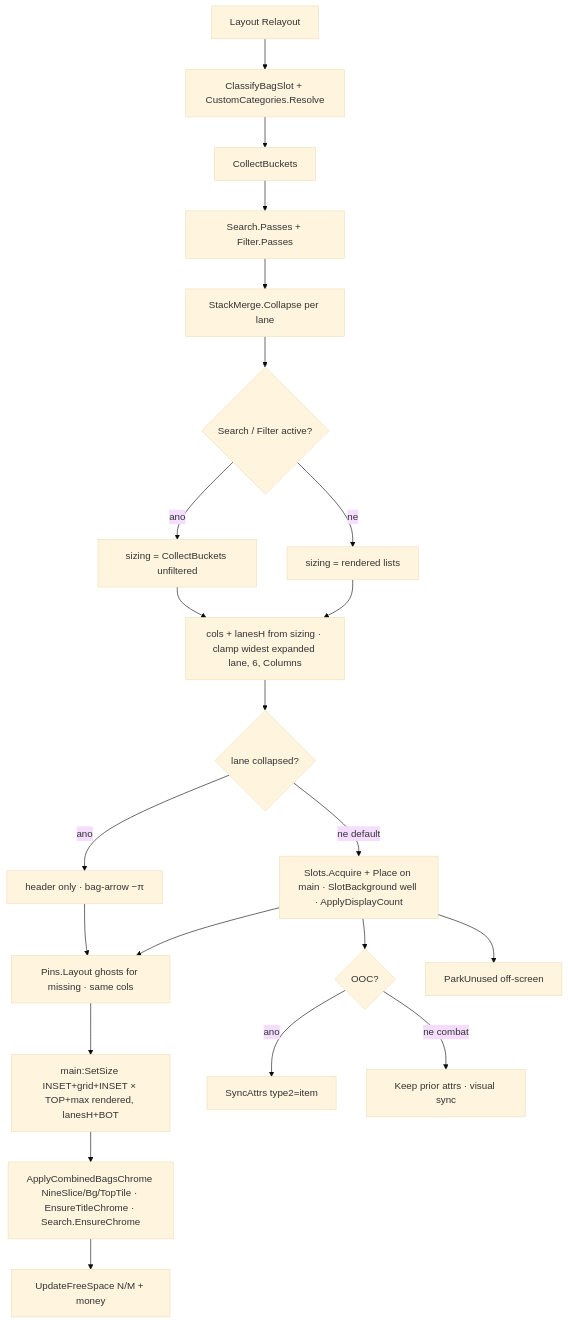
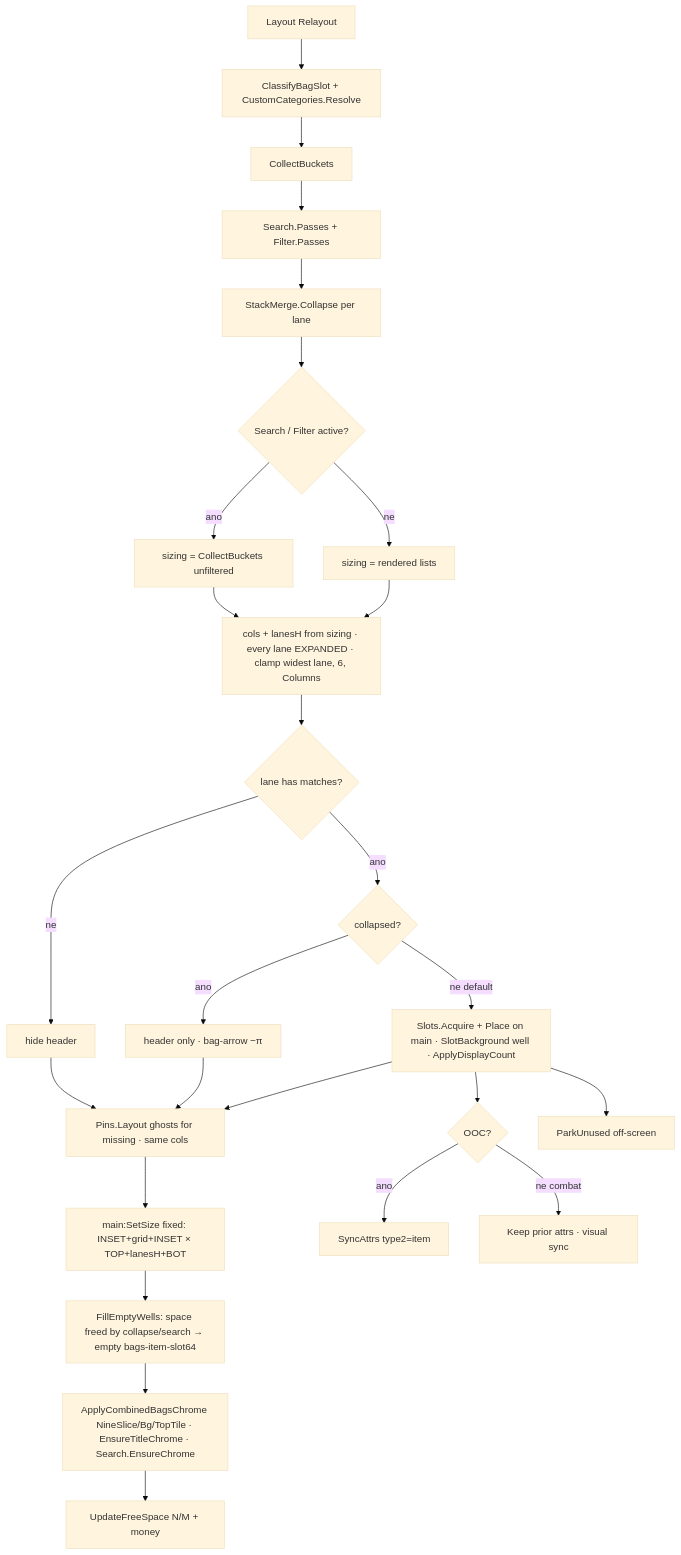
One commit to sirTurbisCZ/wow-forever-addons changed the second of 5 diagrams in addons/BetterBackpack/Docs/loops.md. Above: the diagram before and after it, drawn with Mermaid (base theme). The commit also changed other lines of this file and 8 other files, not shown here.

First line of the commit message:
BetterBackpack 0.5.8: fixed full-bag size, dense grid, small counts, fill wells

````diff
--- a/addons/BetterBackpack/Docs/loops.md
+++ b/addons/BetterBackpack/Docs/loops.md
@@ -55,25 +55,29 @@
 ```mermaid
 flowchart TD
   L[Layout Relayout]
   L --> Class[ClassifyBagSlot + CustomCategories.Resolve]
   Class --> Buckets[CollectBuckets]
   Buckets --> SF[Search.Passes + Filter.Passes]
   SF --> Merge[StackMerge.Collapse per lane]
   Merge --> Filt{Search / Filter active?}
   Filt -->|ano| Full[sizing = CollectBuckets unfiltered]
   Filt -->|ne| Same[sizing = rendered lists]
-  Full --> Hug[cols + lanesH from sizing · clamp widest expanded lane, 6, Columns]
+  Full --> Hug[cols + lanesH from sizing · every lane EXPANDED · clamp widest lane, 6, Columns]
   Same --> Hug
-  Hug --> Col{lane collapsed?}
-  Col -->|ano| Hdr[header only · bag-arrow −π]
-  Col -->|ne default| Place[Slots.Acquire + Place on main · SlotBackground well · ApplyDisplayCount]
+  Hug --> Col{lane has matches?}
+  Col -->|ne| HideH[hide header]
+  Col -->|ano| Coll{collapsed?}
+  Coll -->|ano| Hdr[header only · bag-arrow −π]
+  Coll -->|ne default| Place[Slots.Acquire + Place on main · SlotBackground well · ApplyDisplayCount]
   Hdr --> Pins
+  HideH --> Pins
   Place --> Pins[Pins.Layout ghosts for missing · same cols]
-  Pins --> Size[main:SetSize INSET+grid+INSET × TOP+max rendered, lanesH+BOT]
-  Size --> Chrome[ApplyCombinedBagsChrome NineSlice/Bg/TopTile · EnsureTitleChrome · Search.EnsureChrome]
+  Pins --> Size[main:SetSize fixed: INSET+grid+INSET × TOP+lanesH+BOT]
+  Size --> Wells[FillEmptyWells: space freed by collapse/search → empty bags-item-slot64]
+  Wells --> Chrome[ApplyCombinedBagsChrome NineSlice/Bg/TopTile · EnsureTitleChrome · Search.EnsureChrome]
   Chrome --> Foot[UpdateFreeSpace N/M + money]
   Place --> Attrs{OOC?}
   Attrs -->|ano| Sync[SyncAttrs type2=item]
   Attrs -->|ne combat| Keep[Keep prior attrs · visual sync]
   Place --> Unused[ParkUnused off-screen]
 ```
````
